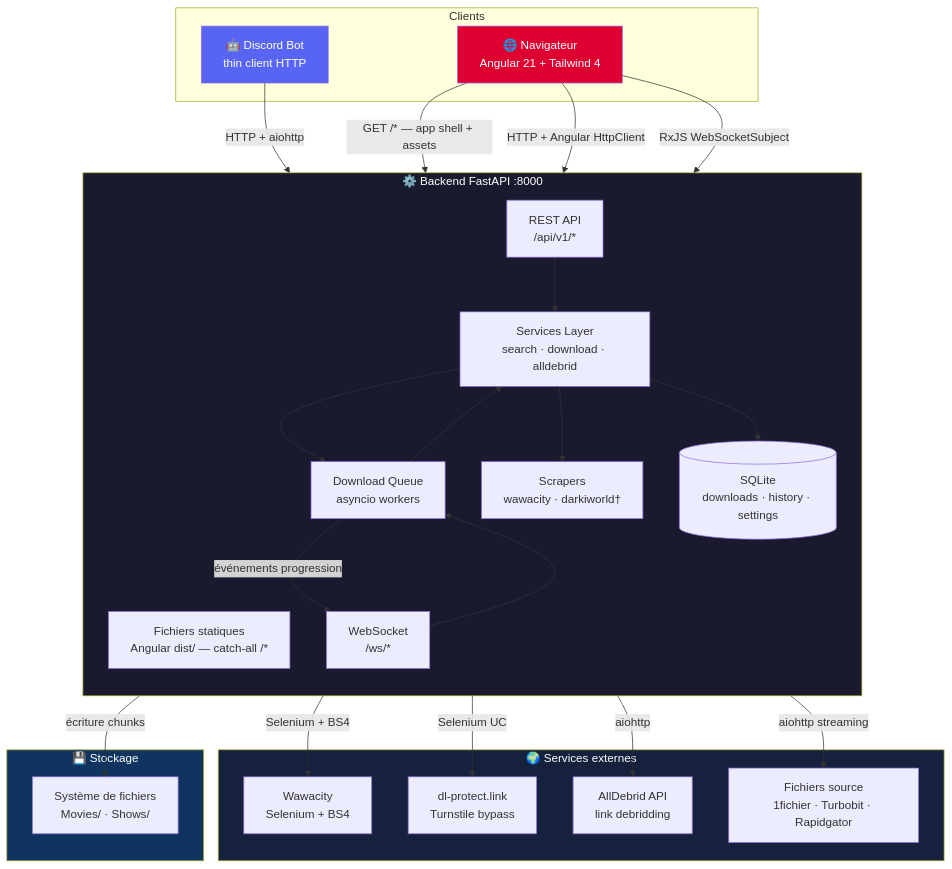
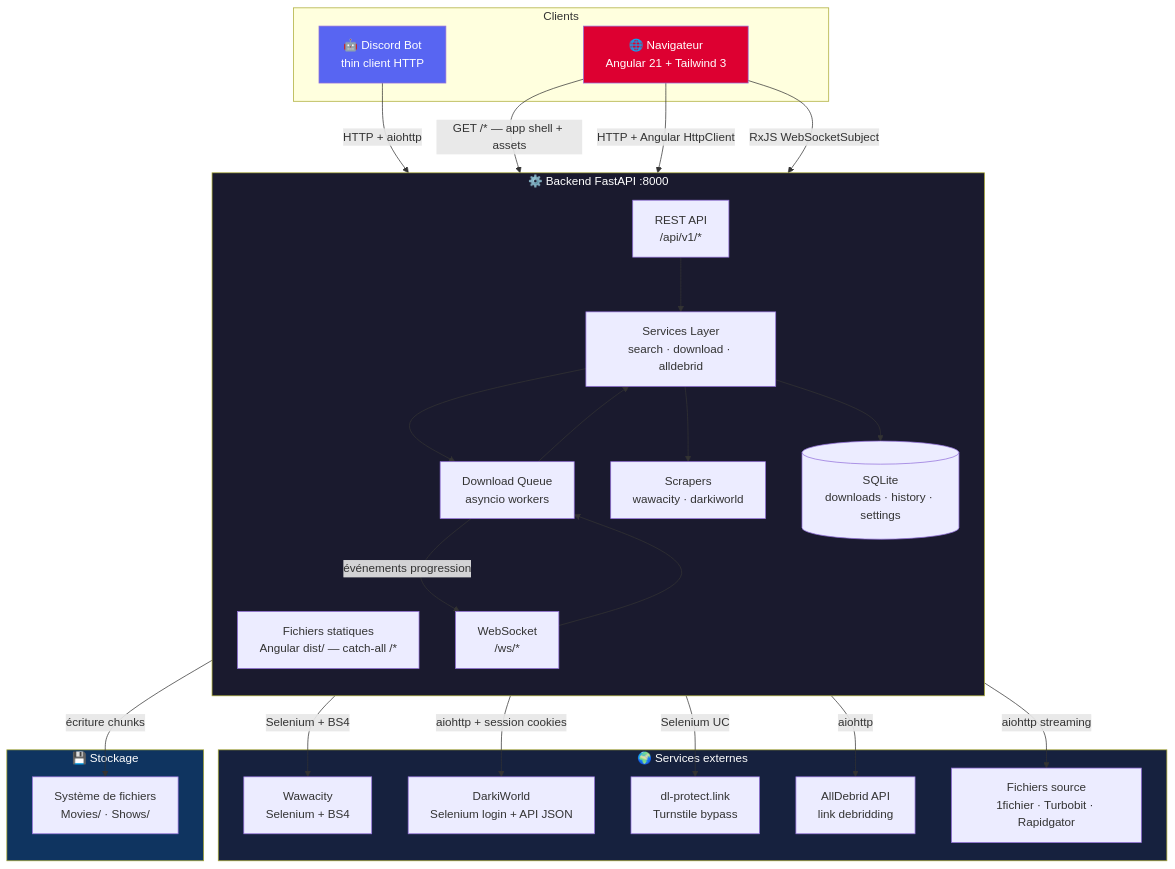
The first of 7 diagrams in docs/architecture-v2.md (Gon3s/dl_discord_bot), drawn with Mermaid before and after one commit. The commit also changed other lines of this file and 38 other files, not shown here.

````diff
--- a/docs/architecture-v2.md
+++ b/docs/architecture-v2.md
@@ -5,54 +5,56 @@
 ```mermaid
 graph TB
     subgraph Clients
         DC[🤖 Discord Bot<br/>thin client HTTP]
-        WB[🌐 Navigateur<br/>Angular 21 + Tailwind 4]
+        WB[🌐 Navigateur<br/>Angular 21 + Tailwind 3]
     end
 
     subgraph Backend["⚙️ Backend FastAPI :8000"]
         direction TB
         SPA[Fichiers statiques<br/>Angular dist/ — catch-all /*]
         API[REST API<br/>/api/v1/*]
         WS[WebSocket<br/>/ws/*]
         SVC[Services Layer<br/>search · download · alldebrid]
         QUEUE[Download Queue<br/>asyncio workers]
-        SCRAPERS[Scrapers<br/>wawacity · darkiworld†]
+        SCRAPERS[Scrapers<br/>wawacity · darkiworld]
         DB[(SQLite<br/>downloads · history · settings)]
     end
 
     subgraph External["🌍 Services externes"]
         WAW[Wawacity<br/>Selenium + BS4]
+        DWX[DarkiWorld<br/>Selenium login + API JSON]
         DLP[dl-protect.link<br/>Turnstile bypass]
         AD[AllDebrid API<br/>link debridding]
         CDN[Fichiers source<br/>1fichier · Turbobit · Rapidgator]
     end
 
     subgraph Storage["💾 Stockage"]
         FS[Système de fichiers<br/>Movies/ · Shows/]
     end
 
     DC -->|HTTP + aiohttp| API
     WB -->|"GET /* — app shell + assets"| SPA
     WB -->|HTTP + Angular HttpClient| API
     WB -->|RxJS WebSocketSubject| WS
 
     API --> SVC
     WS --> QUEUE
     SVC --> QUEUE
     SVC --> SCRAPERS
     SVC --> DB
     QUEUE --> SVC
     QUEUE -->|événements progression| WS
 
     SCRAPERS -->|Selenium + BS4| WAW
+    SCRAPERS -->|aiohttp + session cookies| DWX
     SCRAPERS -->|Selenium UC| DLP
     SVC -->|aiohttp| AD
     QUEUE -->|aiohttp streaming| CDN
     QUEUE -->|écriture chunks| FS
 
     style DC fill:#5865F2,color:#fff
     style WB fill:#DD0031,color:#fff
     style Backend fill:#1a1a2e,color:#fff
     style External fill:#16213e,color:#fff
     style Storage fill:#0f3460,color:#fff
 ```
````
